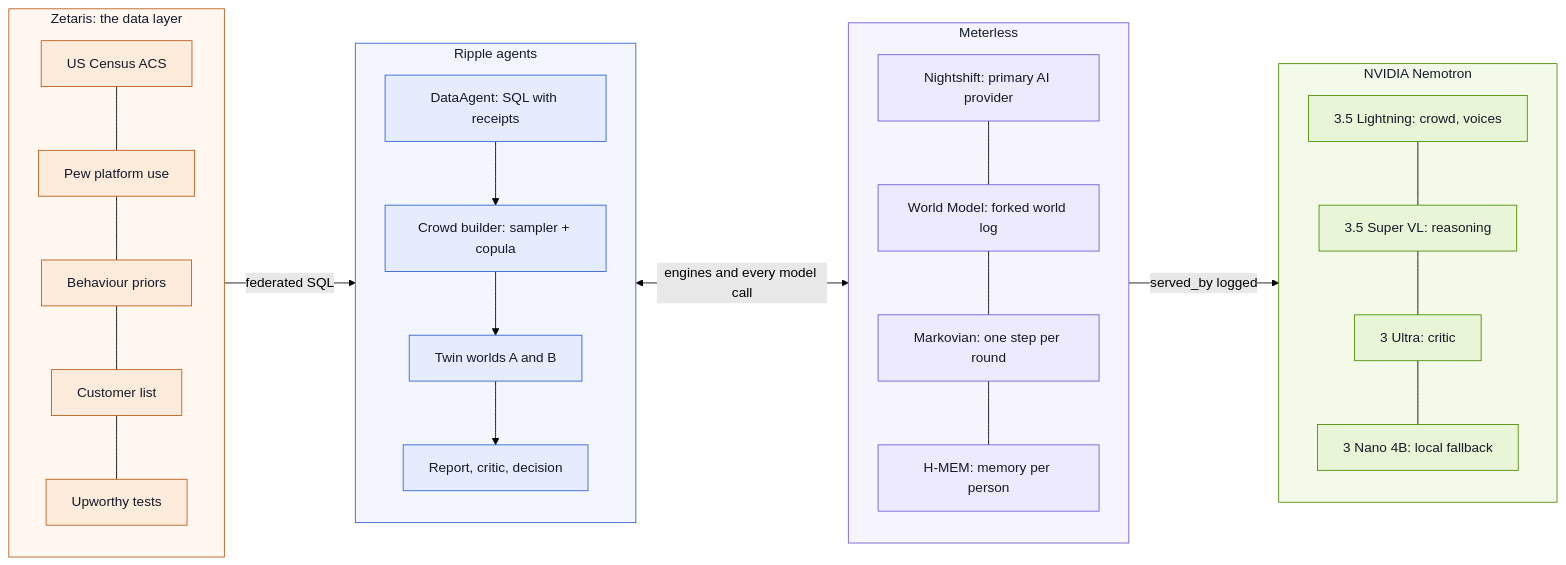
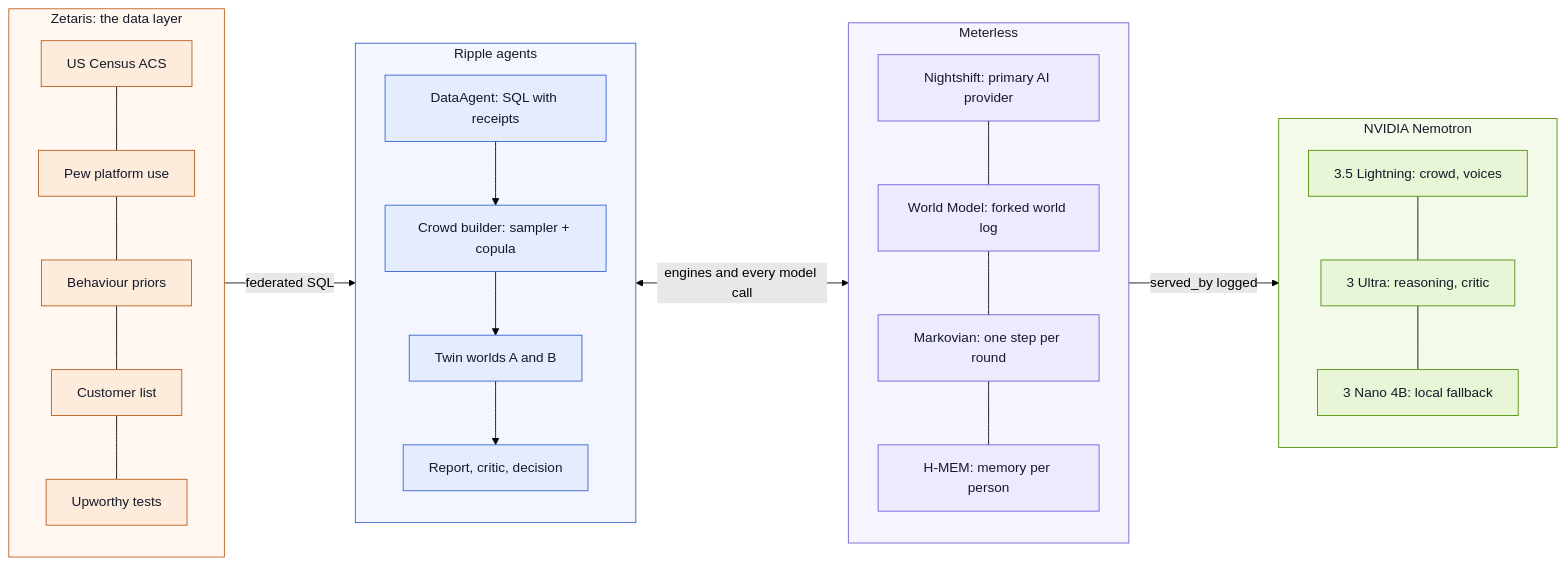
Before and after one commit to pranayjoshi/GenAI-works-hackathon: the first of 2 diagrams in README.md, drawn with Mermaid (forest theme). The commit also changed other lines of this file and 13 other files, not shown here.

````diff
--- a/README.md
+++ b/README.md
@@ -172,35 +171,35 @@
 ```mermaid
 flowchart LR
   subgraph DATA["Zetaris: the data layer"]
     direction TB
     S1["US Census ACS"] --- S2["Pew platform use"] --- S3["Behaviour priors"] --- S4["Customer list"] --- S5["Upworthy tests"]
   end
   subgraph RIPPLE["Ripple agents"]
     direction TB
     DA["DataAgent: SQL with receipts"] --> CB["Crowd builder: sampler + copula"] --> TW["Twin worlds A and B"] --> RD["Report, critic, decision"]
   end
   subgraph METER["Meterless"]
     direction TB
     NS["Nightshift: primary AI provider"] --- WM["World Model: forked world log"] --- MK["Markovian: one step per round"] --- HM["H-MEM: memory per person"]
   end
   subgraph NV["NVIDIA Nemotron"]
     direction TB
-    L["3.5 Lightning: crowd, voices"] --- SV["3.5 Super VL: reasoning"] --- U["3 Ultra: critic"] --- N["3 Nano 4B: local fallback"]
+    L["3.5 Lightning: crowd, voices"] --- SV["3 Ultra: reasoning, critic"] --- N["3 Nano 4B: local fallback"]
   end
   DATA -->|"federated SQL"| RIPPLE
   RIPPLE <-->|"engines and every model call"| METER
   METER -->|"served_by logged"| NV
 
   classDef zet fill:#FDEBDC,stroke:#B85A16,color:#151A28
   classDef rip fill:#E4ECFD,stroke:#2F5FD0,color:#151A28
   classDef met fill:#EEEAFE,stroke:#6B5BD2,color:#151A28
   classDef nv fill:#E8F5D6,stroke:#4E8A00,color:#151A28
   class S1,S2,S3,S4,S5 zet
   class DA,CB,TW,RD rip
   class WM,MK,HM,NS met
-  class L,SV,U,N nv
+  class L,SV,N nv
   style DATA fill:#FFF7F0,stroke:#B85A16,color:#151A28
   style RIPPLE fill:#F3F6FE,stroke:#2F5FD0,color:#151A28
   style METER fill:#F6F4FE,stroke:#6B5BD2,color:#151A28
   style NV fill:#F3FAEA,stroke:#4E8A00,color:#151A28
 ```
````
